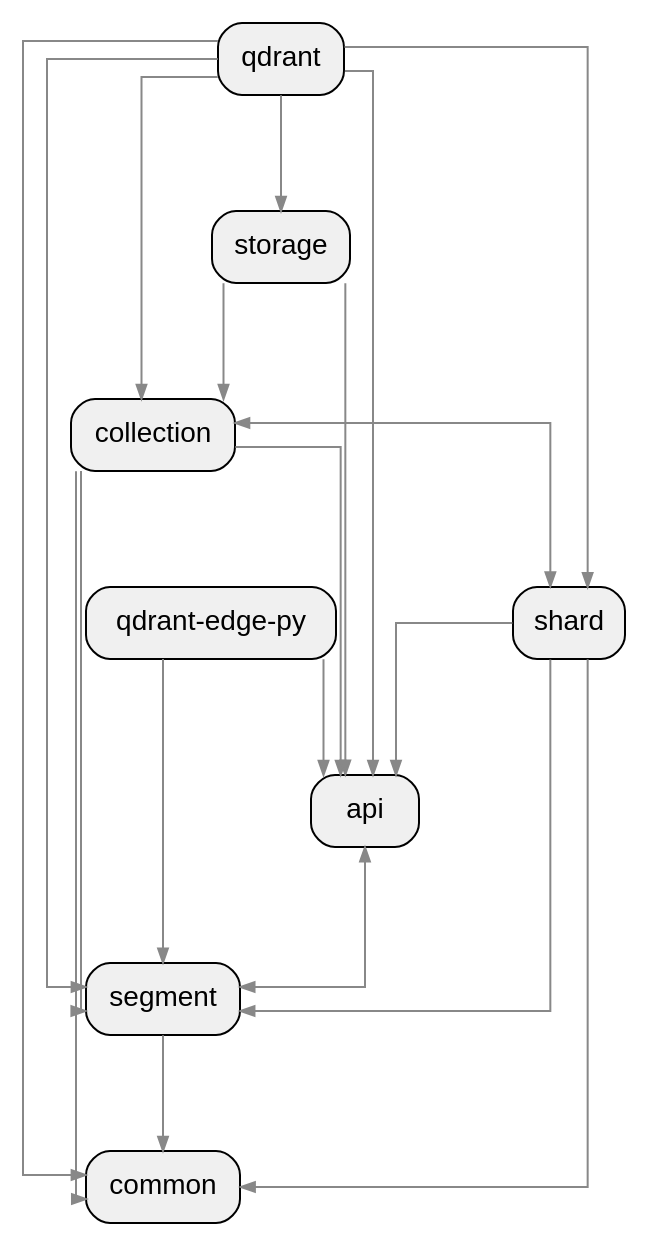
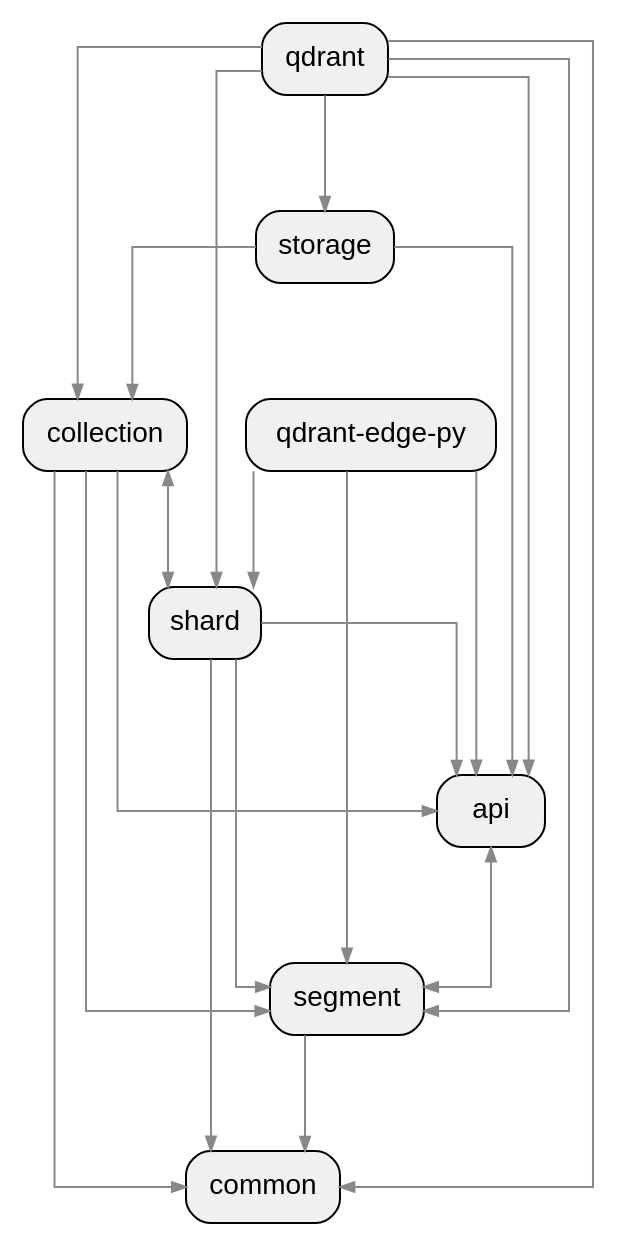
One commit to allenanswerzq/llmcc changed the diagram in sample/rust/qdrant-pagerank/depth_1_crate.dot. Above: the diagram before and after it, drawn with Graphviz. The commit also changed 342 other files, not shown here.

```diff
--- a/sample/rust/qdrant-pagerank/depth_1_crate.dot
+++ b/sample/rust/qdrant-pagerank/depth_1_crate.dot
@@ -1,44 +1,45 @@
 digraph architecture {
   rankdir=TB;
   ranksep=0.8;
   nodesep=0.4;
   splines=ortho;
   concentrate=true;
 
   node [shape=box, style="rounded,filled", fillcolor="#f0f0f0", fontname="Helvetica"];
   edge [color="#888888", arrowsize=0.7];
 
   labelloc=t;
   fontsize=16;
 
   crate_api[label="api", path="/home/yibai/llmcc/sample/repos/qdrant/lib/api"];
   crate_collection[label="collection", path="/home/yibai/llmcc/sample/repos/qdrant/lib/collection"];
   crate_common[label="common", path="/home/yibai/llmcc/sample/repos/qdrant/lib/common/common"];
   crate_qdrant[label="qdrant", path="/home/yibai/llmcc/sample/repos/qdrant"];
   crate_qdrant_edge_py[label="qdrant-edge-py", path="/home/yibai/llmcc/sample/repos/qdrant/lib/edge/python"];
   crate_segment[label="segment", path="/home/yibai/llmcc/sample/repos/qdrant/lib/segment"];
   crate_shard[label="shard", path="/home/yibai/llmcc/sample/repos/qdrant/lib/shard"];
   crate_storage[label="storage", path="/home/yibai/llmcc/sample/repos/qdrant/lib/storage"];
 
   crate_api -> crate_segment;
   crate_collection -> crate_api;
   crate_collection -> crate_common;
   crate_collection -> crate_segment;
   crate_collection -> crate_shard;
   crate_qdrant -> crate_api;
   crate_qdrant -> crate_collection;
   crate_qdrant -> crate_common;
   crate_qdrant -> crate_segment;
   crate_qdrant -> crate_shard;
   crate_qdrant -> crate_storage;
   crate_qdrant_edge_py -> crate_api;
   crate_qdrant_edge_py -> crate_segment;
+  crate_qdrant_edge_py -> crate_shard;
   crate_segment -> crate_api;
   crate_segment -> crate_common;
   crate_shard -> crate_api;
   crate_shard -> crate_collection;
   crate_shard -> crate_common;
   crate_shard -> crate_segment;
   crate_storage -> crate_api;
   crate_storage -> crate_collection;
 }
```
